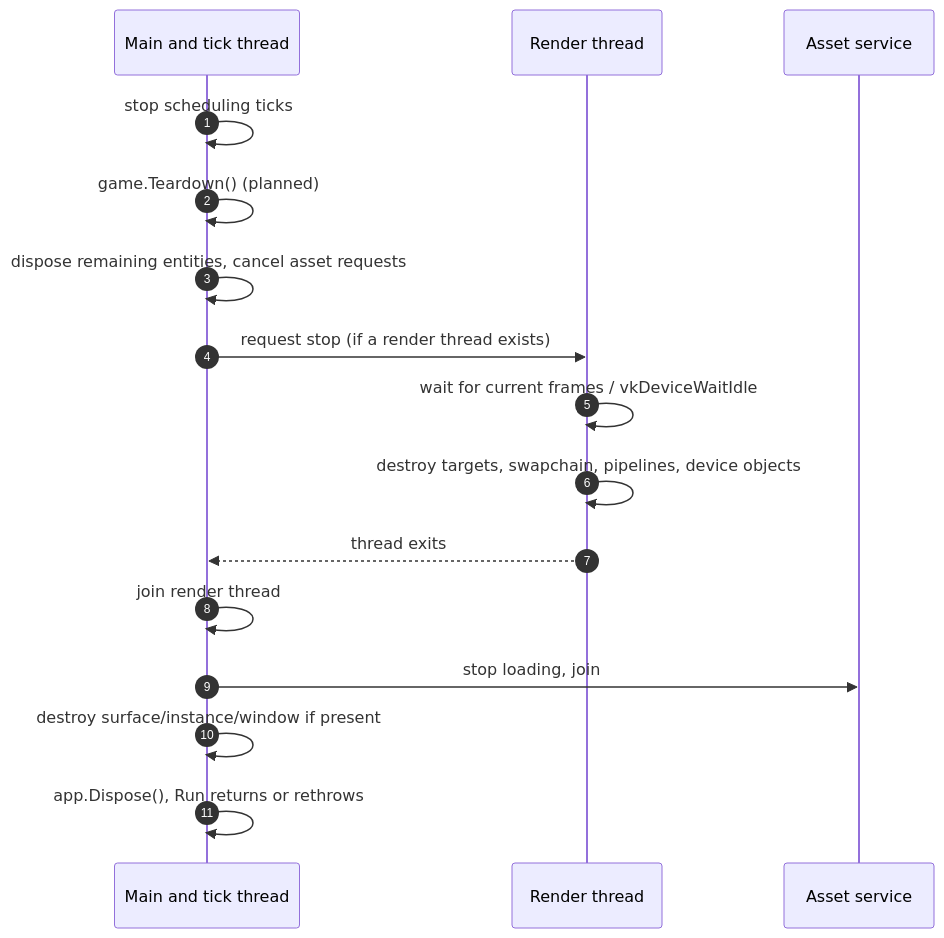
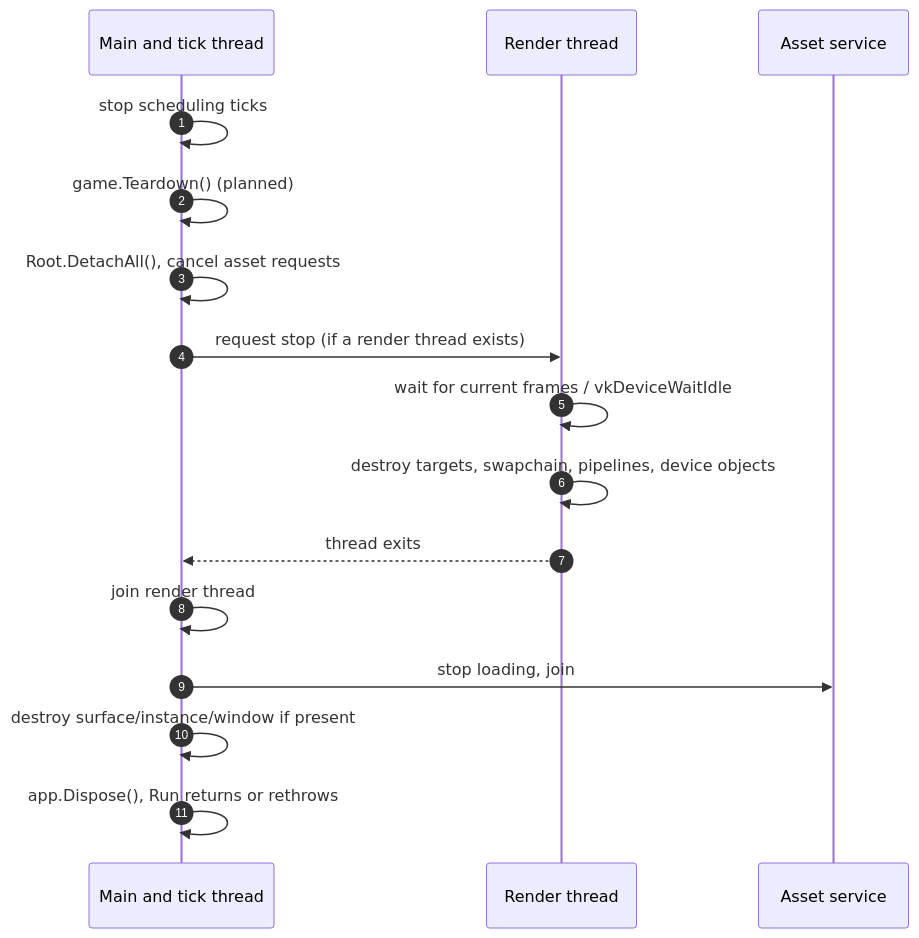
One commit to BorkEngine/Bork2d changed the second of 2 diagrams in docs/architecture/runtime-lifecycle.md. Above: the diagram before and after it, drawn with Mermaid. The commit also changed other lines of this file and 13 other files, not shown here.

````diff
--- a/docs/architecture/runtime-lifecycle.md
+++ b/docs/architecture/runtime-lifecycle.md
@@ -255,19 +257,19 @@
 ```mermaid
 sequenceDiagram
     autonumber
     participant M as Main and tick thread
     participant R as Render thread
     participant A as Asset service
 
     M->>M: stop scheduling ticks
     M->>M: game.Teardown() (planned)
-    M->>M: dispose remaining entities, cancel asset requests
+    M->>M: Root.DetachAll(), cancel asset requests
     M->>R: request stop (if a render thread exists)
     R->>R: wait for current frames / vkDeviceWaitIdle
     R->>R: destroy targets, swapchain, pipelines, device objects
     R-->>M: thread exits
     M->>M: join render thread
     M->>A: stop loading, join
     M->>M: destroy surface/instance/window if present
     M->>M: app.Dispose(), Run returns or rethrows
 ```
````
